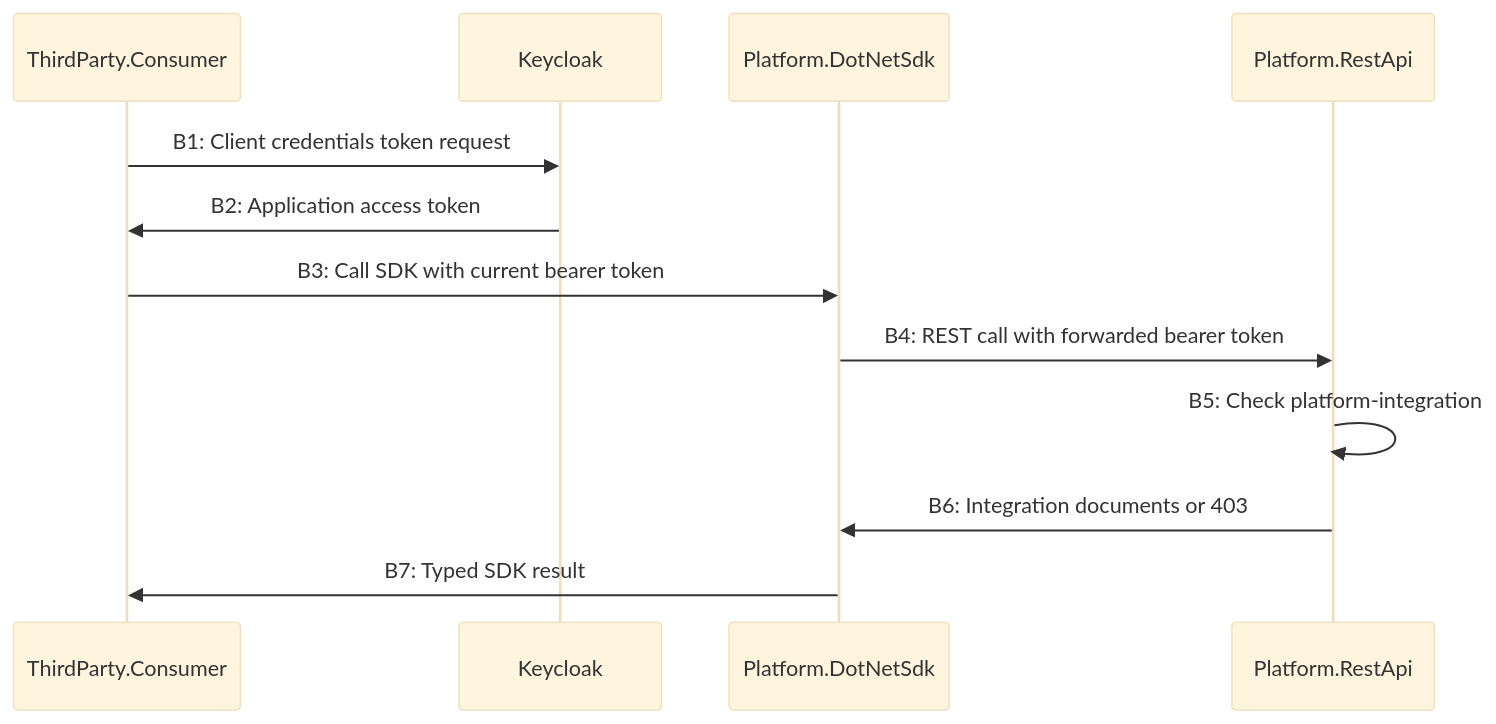
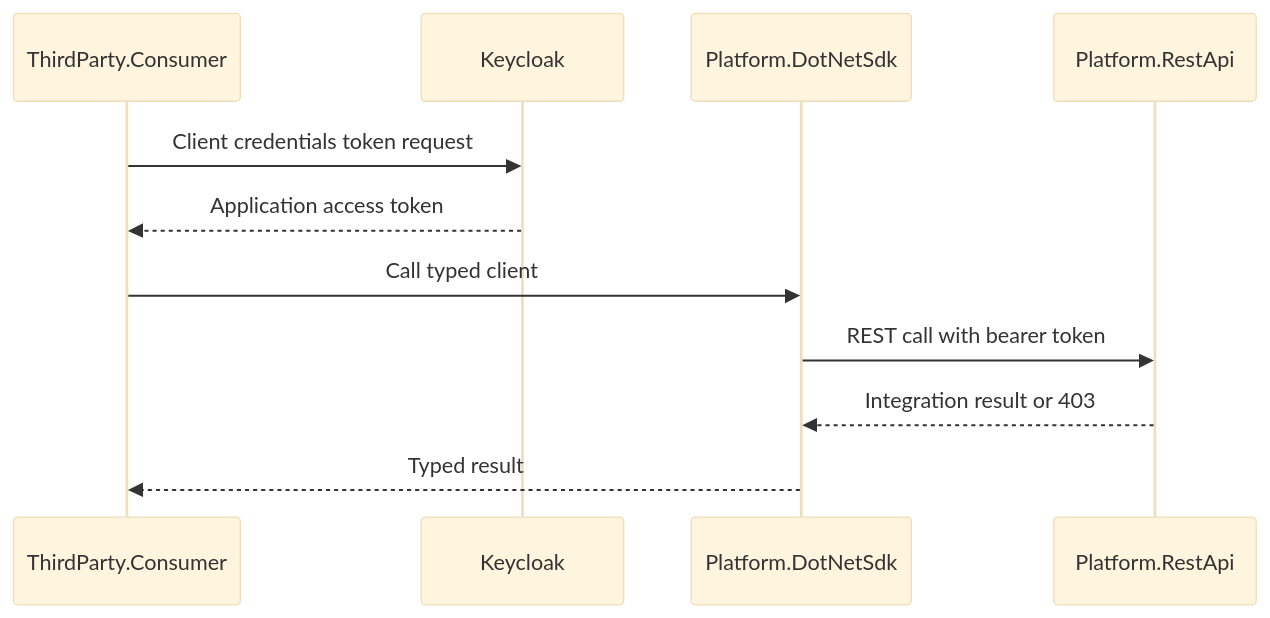
Before and after one commit to haoyucheng369-gif/document-platform-integration: the third of 3 diagrams in README.md, drawn with Mermaid (base theme). The commit also changed other lines of this file, not shown here.

````diff
--- a/README.md
+++ b/README.md
@@ -90,15 +70,14 @@
 ```mermaid
 sequenceDiagram
-    participant T as ThirdParty.Consumer
-    participant I as Keycloak
-    participant S as Platform.DotNetSdk
-    participant R as Platform.RestApi
+    participant App as ThirdParty.Consumer
+    participant IdP as Keycloak
+    participant SDK as Platform.DotNetSdk
+    participant API as Platform.RestApi
 
-    T->>I: B1: Client credentials token request
-    I->>T: B2: Application access token
-    T->>S: B3: Call SDK with current bearer token
-    S->>R: B4: REST call with forwarded bearer token
-    R->>R: B5: Check platform-integration
-    R->>S: B6: Integration documents or 403
-    S->>T: B7: Typed SDK result
+    App->>IdP: Client credentials token request
+    IdP-->>App: Application access token
+    App->>SDK: Call typed client
+    SDK->>API: REST call with bearer token
+    API-->>SDK: Integration result or 403
+    SDK-->>App: Typed result
 ```
````
